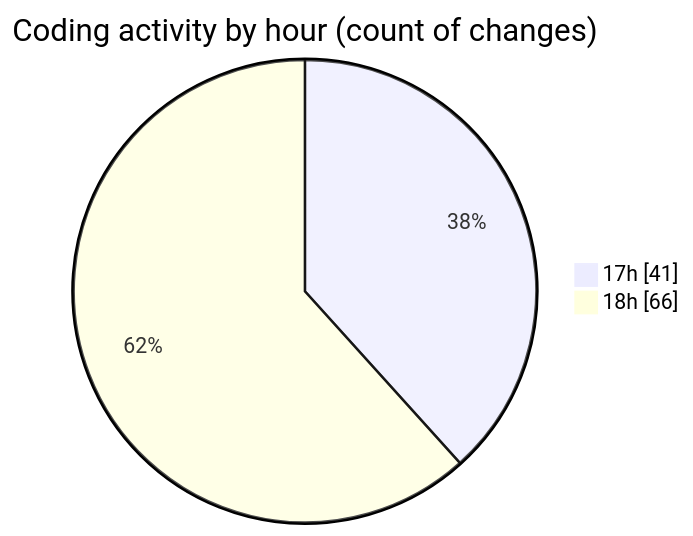
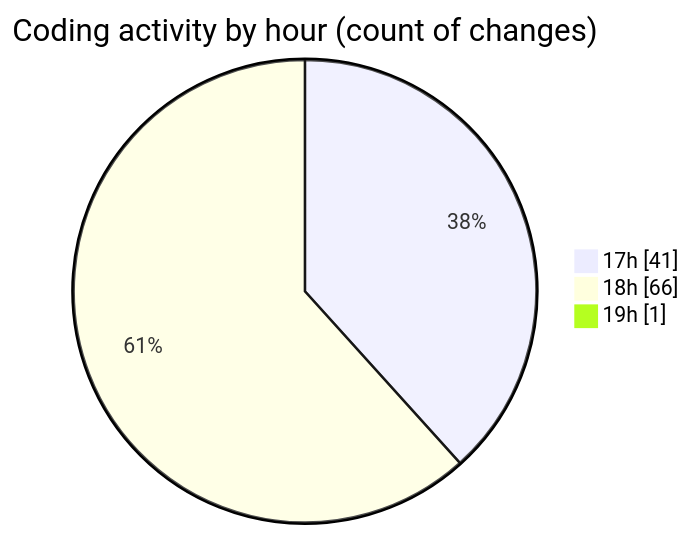
Before and after one commit to momahboobian/code-tracking: the second of 2 diagrams in 2025-03-20/cda/README.md, drawn with Mermaid. The commit also changed other lines of this file and 1 other file, not shown here.

````diff
--- a/2025-03-20/cda/README.md
+++ b/2025-03-20/cda/README.md
@@ -34,6 +35,7 @@
 ```mermaid
 pie showData
 title Coding activity by hour (count of changes)
 "17h" : 41
 "18h" : 66
+"19h" : 1
 ```
````
